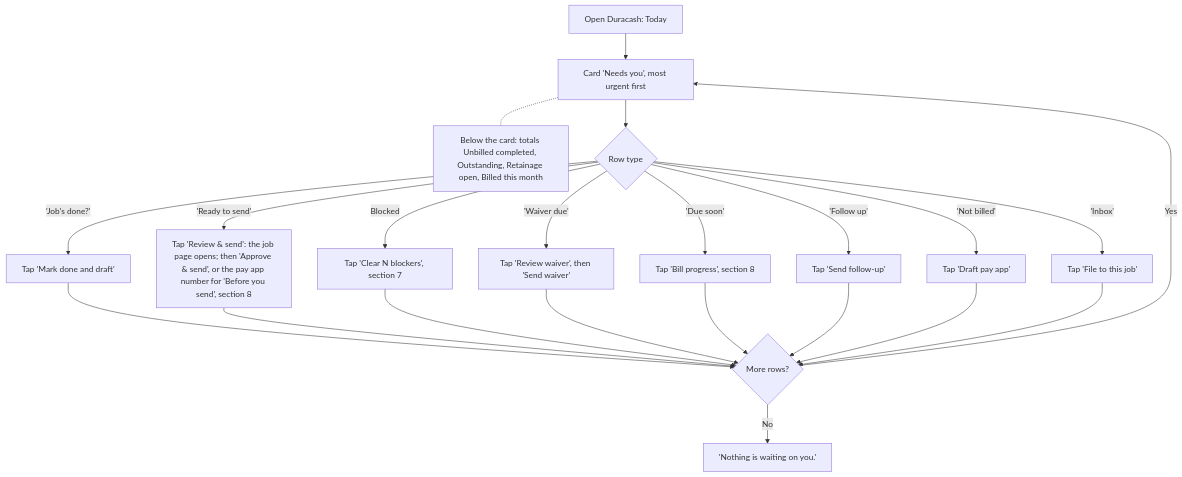
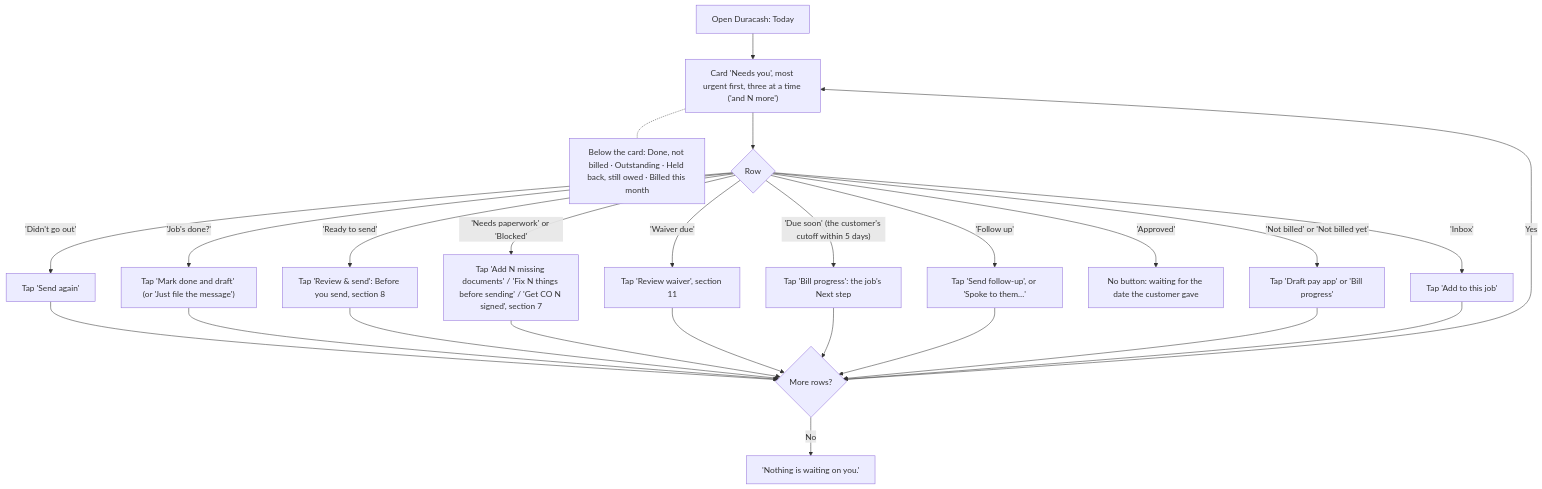
One commit to cartwrightstephen/billdable changed diagram 14 of 15 in docs/client-flows.md. Above: the diagram before and after it, drawn with Mermaid. The commit also changed other lines of this file and 15 other files, not shown here.

First line of the commit message:
Round 6: R6-11 wireframes and flows caught up with the app

````diff
--- a/docs/client-flows.md
+++ b/docs/client-flows.md
@@ -501,24 +487,27 @@
 ```mermaid
 flowchart TD
-    A["Open Duracash: Today"] --> C["Card 'Needs you', most urgent first"]
-    C -.- B["Below the card: totals Unbilled completed, Outstanding, Retainage open, Billed this month"]
-    C --> D{"Row type"}
-    D -->|"'Job's done?'"| E["Tap 'Mark done and draft'"]
-    D -->|"'Ready to send'"| F["Tap 'Review & send': the job page opens; then 'Approve & send', or the pay app number for 'Before you send', section 8"]
-    D -->|"Blocked"| G["Tap 'Clear N blockers', section 7"]
-    D -->|"'Waiver due'"| H["Tap 'Review waiver', then 'Send waiver'"]
-    D -->|"'Due soon'"| I["Tap 'Bill progress', section 8"]
-    D -->|"'Follow up'"| J["Tap 'Send follow-up'"]
-    D -->|"'Not billed'"| K["Tap 'Draft pay app'"]
-    D -->|"'Inbox'"| L["Tap 'File to this job'"]
-    E --> M{"More rows?"}
+    A["Open Duracash: Today"] --> C["Card 'Needs you', most urgent first, three at a time ('and N more')"]
+    C -.- B["Below the card: Done, not billed · Outstanding · Held back, still owed · Billed this month"]
+    C --> D{"Row"}
+    D -->|"'Didn't go out'"| D1["Tap 'Send again'"]
+    D -->|"'Job's done?'"| E["Tap 'Mark done and draft' (or 'Just file the message')"]
+    D -->|"'Ready to send'"| F["Tap 'Review & send': Before you send, section 8"]
+    D -->|"'Waiver due'"| H["Tap 'Review waiver', section 11"]
+    D -->|"'Due soon' (the customer's cutoff within 5 days)"| I["Tap 'Bill progress': the job's Next step"]
+    D -->|"'Needs paperwork' or 'Blocked'"| G["Tap 'Add N missing documents' / 'Fix N things before sending' / 'Get CO N signed', section 7"]
+    D -->|"'Follow up'"| J["Tap 'Send follow-up', or 'Spoke to them…'"]
+    D -->|"'Approved'"| J2["No button: waiting for the date the customer gave"]
+    D -->|"'Not billed' or 'Not billed yet'"| K["Tap 'Draft pay app' or 'Bill progress'"]
+    D -->|"'Inbox'"| L["Tap 'Add to this job'"]
+    D1 --> M{"More rows?"}
+    E --> M
     F --> M
     G --> M
     H --> M
     I --> M
     J --> M
     K --> M
     L --> M
     M -->|"Yes"| C
     M -->|"No"| N["'Nothing is waiting on you.'"]
 ```
````
